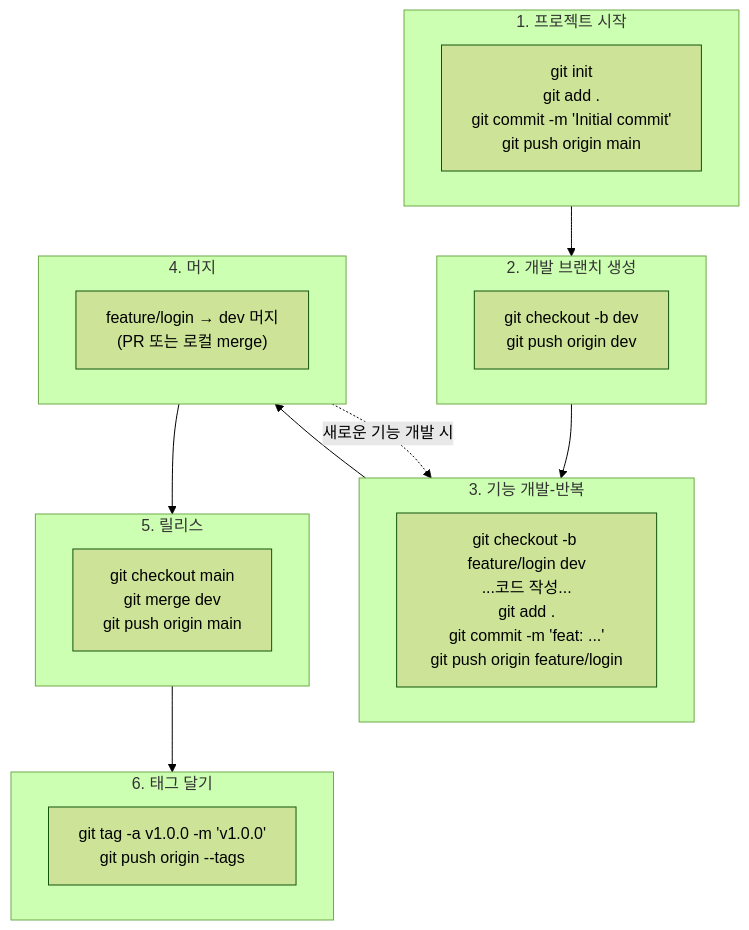
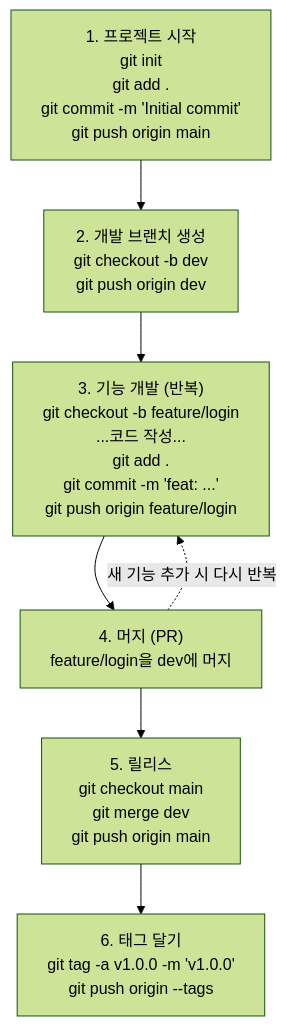
The second of 3 diagrams in 08-git/README.md (ukkyukang/dev-guides), drawn with Mermaid (forest theme) before and after one commit. The commit also changed other lines of this file, not shown here.

Commit message:
fix: 08-git mermaid 문법 오류 수정 (flowchart 노드 통합, 줄바꿈 태그 수정, gitGraph tag 문법 수정 등)

````diff
--- a/08-git/README.md
+++ b/08-git/README.md
@@ -167,33 +167,15 @@
 ```mermaid
 flowchart TD
-    subgraph S1 [1. 프로젝트 시작]
-        A["git init<br>git add .<br>git commit -m 'Initial commit'<br>git push origin main"]
-    end
+    S1["1. 프로젝트 시작<br/>git init<br/>git add .<br/>git commit -m 'Initial commit'<br/>git push origin main"]
+    S2["2. 개발 브랜치 생성<br/>git checkout -b dev<br/>git push origin dev"]
+    S3["3. 기능 개발 (반복)<br/>git checkout -b feature/login<br/>...코드 작성...<br/>git add .<br/>git commit -m 'feat: ...'<br/>git push origin feature/login"]
+    S4["4. 머지 (PR)<br/>feature/login을 dev에 머지"]
+    S5["5. 릴리스<br/>git checkout main<br/>git merge dev<br/>git push origin main"]
+    S6["6. 태그 달기<br/>git tag -a v1.0.0 -m 'v1.0.0'<br/>git push origin --tags"]
 
-    subgraph S2 [2. 개발 브랜치 생성]
-        B["git checkout -b dev<br>git push origin dev"]
-    end
-
-    subgraph S3 [3. 기능 개발-반복]
-        C["git checkout -b feature/login dev<br>...코드 작성...<br>git add .<br>git commit -m 'feat: ...'<br>git push origin feature/login"]
-    end
-
-    subgraph S4 [4. 머지]
-        D["feature/login → dev 머지<br>(PR 또는 로컬 merge)"]
-    end
-
-    subgraph S5 [5. 릴리스]
-        E["git checkout main<br>git merge dev<br>git push origin main"]
-    end
-
-    subgraph S6 [6. 태그 달기]
-        F["git tag -a v1.0.0 -m 'v1.0.0'<br>git push origin --tags"]
-    end
-
-    S1 --> S2
-    S2 --> S3
+    S1 --> S2 --> S3
     S3 --> S4
-    S4 -.->|새로운 기능 개발 시| S3
+    S4 -.->|새 기능 추가 시 다시 반복| S3
     S4 --> S5
     S5 --> S6
 ```
````
